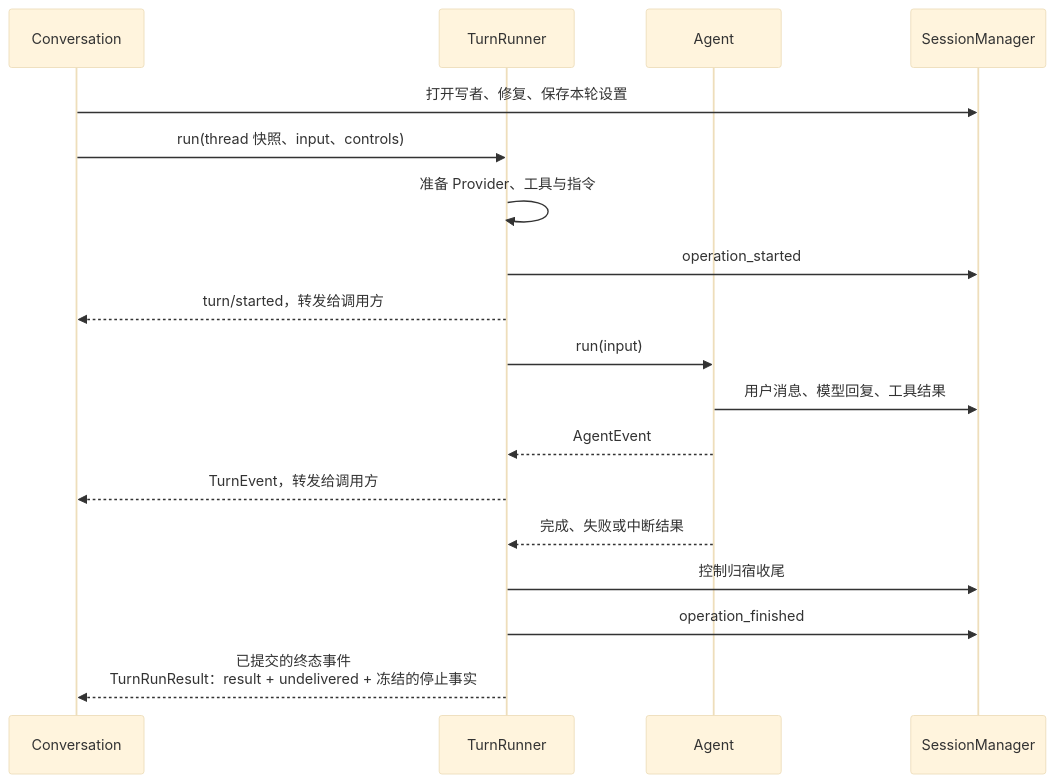
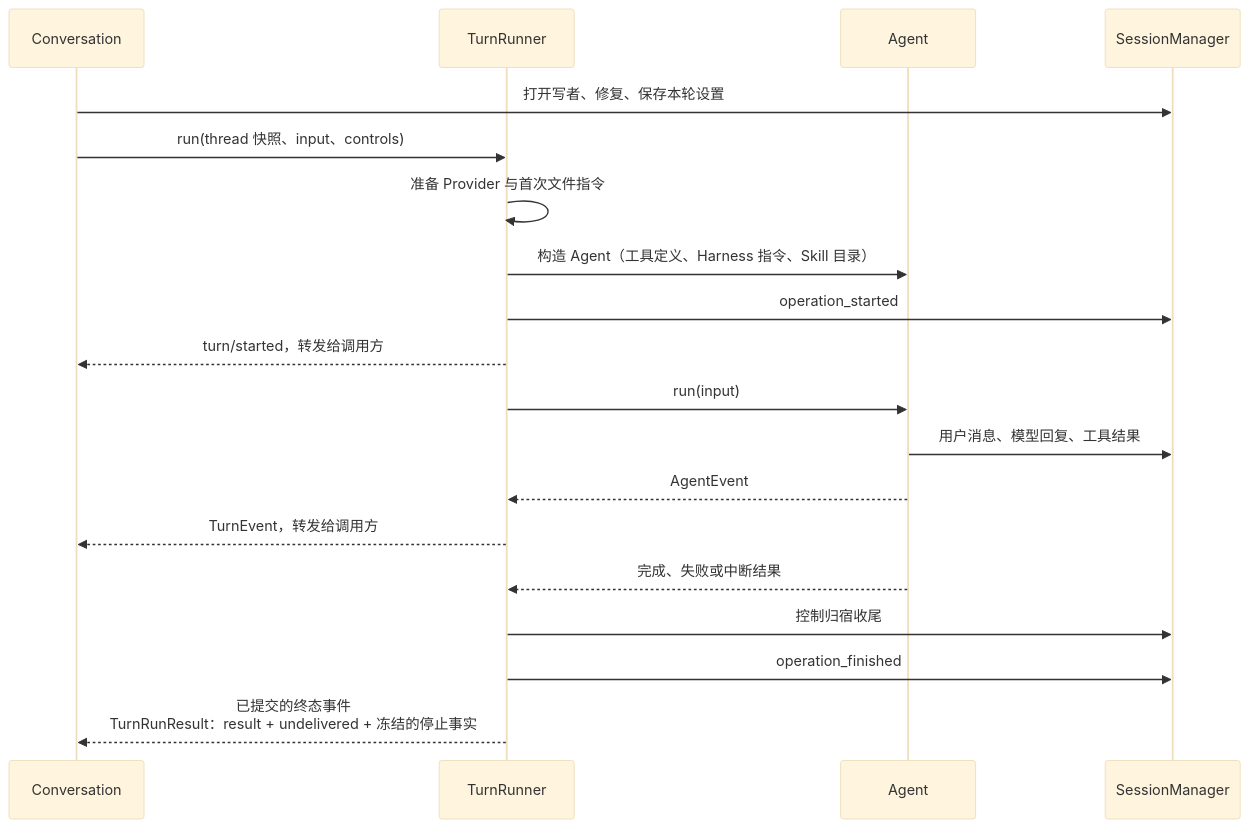
One commit to qjcnmd/singularity-agent changed diagram 13 of 29 in docs/architecture.md. Above: the diagram before and after it, drawn with Mermaid (base theme). The commit also changed other lines of this file and 20 other files, not shown here.

````diff
--- a/docs/architecture.md
+++ b/docs/architecture.md
@@ -353,20 +354,21 @@
 ```mermaid
 sequenceDiagram
     participant Conv as Conversation
     participant Runner as TurnRunner
     participant Agent as Agent
     participant Log as SessionManager
     Conv->>Log: 打开写者、修复、保存本轮设置
     Conv->>Runner: run(thread 快照、input、controls)
-    Runner->>Runner: 准备 Provider、工具与指令
+    Runner->>Runner: 准备 Provider 与首次文件指令
+    Runner->>Agent: 构造 Agent（工具定义、Harness 指令、Skill 目录）
     Runner->>Log: operation_started
     Runner-->>Conv: turn/started，转发给调用方
     Runner->>Agent: run(input)
     Agent->>Log: 用户消息、模型回复、工具结果
     Agent-->>Runner: AgentEvent
     Runner-->>Conv: TurnEvent，转发给调用方
     Agent-->>Runner: 完成、失败或中断结果
     Runner->>Log: 控制归宿收尾
     Runner->>Log: operation_finished
     Runner-->>Conv: 已提交的终态事件<br/>TurnRunResult：result + undelivered + 冻结的停止事实
 ```
````
